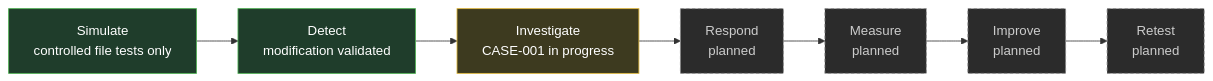
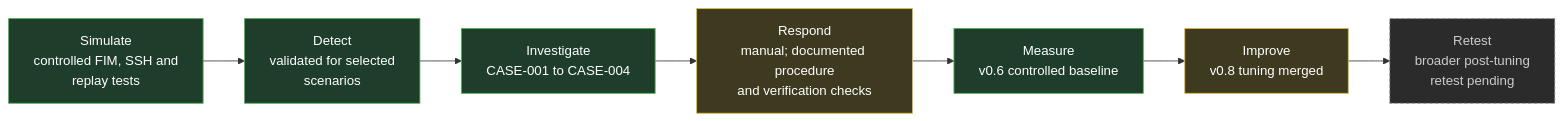
The first of 4 diagrams in docs/03-architecture.md (andyydz/sentinel-soc-lab), drawn with Mermaid before and after one commit. The commit also changed other lines of this file, not shown here.

````diff
--- a/docs/03-architecture.md
+++ b/docs/03-architecture.md
@@ -25,16 +25,16 @@
 ```mermaid
 flowchart LR
-    SIM["Simulate<br/>controlled file tests only"] --> DET["Detect<br/>modification validated"]
-    DET --> INV["Investigate<br/>CASE-001 in progress"]
-    INV --> RESP["Respond<br/>planned"]
-    RESP --> MEA["Measure<br/>planned"]
-    MEA --> IMP["Improve<br/>planned"]
-    IMP --> RET["Retest<br/>planned"]
+    SIM["Simulate<br/>controlled FIM, SSH and<br/>replay tests"] --> DET["Detect<br/>validated for selected<br/>scenarios"]
+    DET --> INV["Investigate<br/>CASE-001 to CASE-004"]
+    INV --> RESP["Respond<br/>manual; documented procedure<br/>and verification checks"]
+    RESP --> MEA["Measure<br/>v0.6 controlled baseline"]
+    MEA --> IMP["Improve<br/>v0.8 tuning merged"]
+    IMP --> RET["Retest<br/>broader post-tuning<br/>retest pending"]
 
     classDef validated fill:#1f3d2b,stroke:#4caf50,color:#fff;
     classDef progress fill:#3d3a1f,stroke:#e0b83c,color:#fff;
     classDef planned fill:#2b2b2b,stroke:#888,color:#ccc,stroke-dasharray: 4 3;
-    class SIM,DET validated
-    class INV progress
-    class RESP,MEA,IMP,RET planned
+    class SIM,DET,INV,MEA validated
+    class RESP,IMP progress
+    class RET planned
 ```
````
